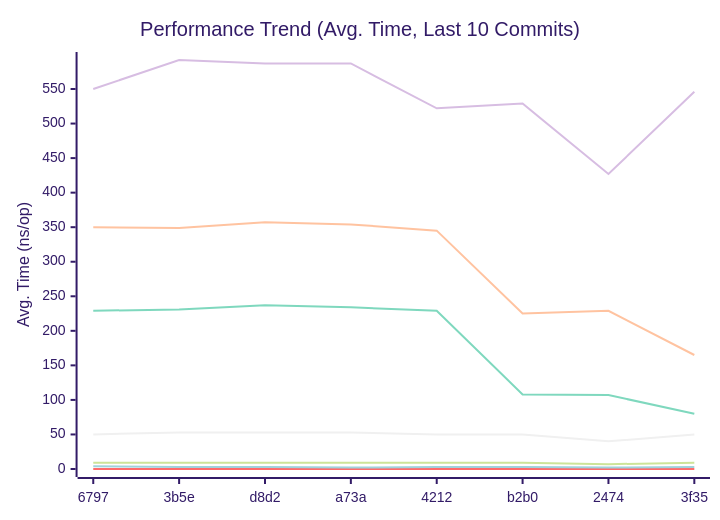
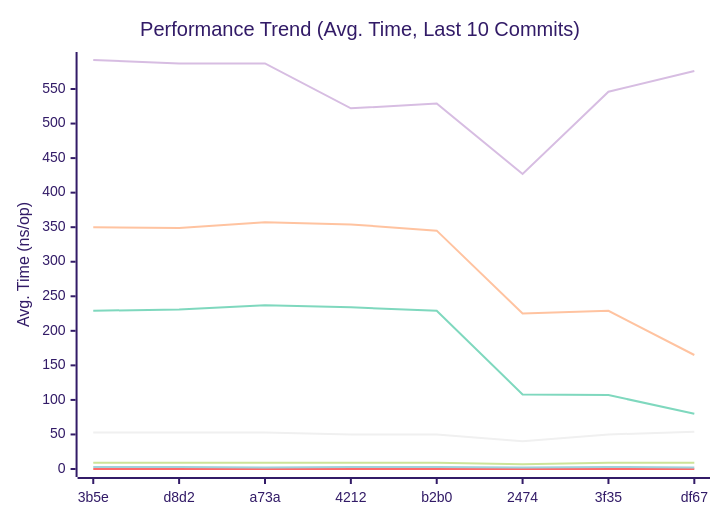
One commit to alsotoes/momo changed the first of 3 diagrams in docs/README.md. Above: the diagram before and after it, drawn with Mermaid (forest theme). The commit also changed other lines of this file and 1 other file, not shown here.

````diff
--- a/docs/README.md
+++ b/docs/README.md
@@ -140,14 +140,14 @@
 ```mermaid
 xychart-beta
     title "Performance Trend (Avg. Time, Last 10 Commits)"
     x-axis "Commit"
     y-axis "Avg. Time (ns/op)"
-    x-axis [6797,3b5e,d8d2,a73a,4212,b2b0,2474,3f35]
-    line "CheckMetricsAndSwap" [9,9,9,9,9,9,7,9,9,9]
+    x-axis [3b5e,d8d2,a73a,4212,b2b0,2474,3f35,df67]
+    line "CheckMetricsAndSwap" [9,9,9,9,9,7,9,9,9,7]
     line "IndexDirectTracking" [0,0,0,0,0,0,0,0,0,0]
-    line "IndexSearch" [4,3,3,2,3,3,2,3,2,2]
-    line "LoadGlobalConfig" [550,592,587,587,522,529,427,546,576,578]
-    line "PadString" [50,53,53,53,50,50,40,50,54,53]
+    line "IndexSearch" [3,3,2,3,3,2,3,2,2,3]
+    line "LoadGlobalConfig" [592,587,587,522,529,427,546,576,578,477]
+    line "PadString" [53,53,53,50,50,40,50,54,53,55]
     line "ParseReplicationOrder_NoPrealloc" [350,349,357,354,345,225,229,165,232,234]
     line "ParseReplicationOrder_Prealloc" [229,231,237,234,229,108,107,80,110,109]
 ```
````
